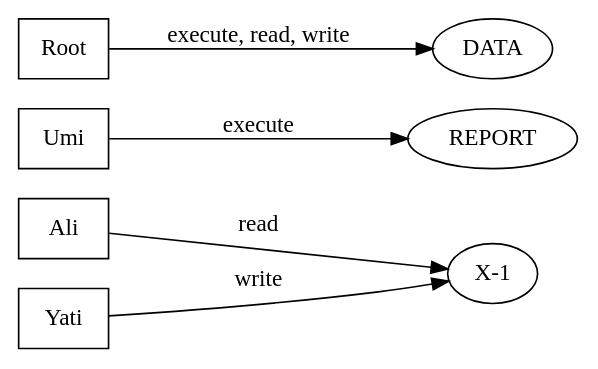
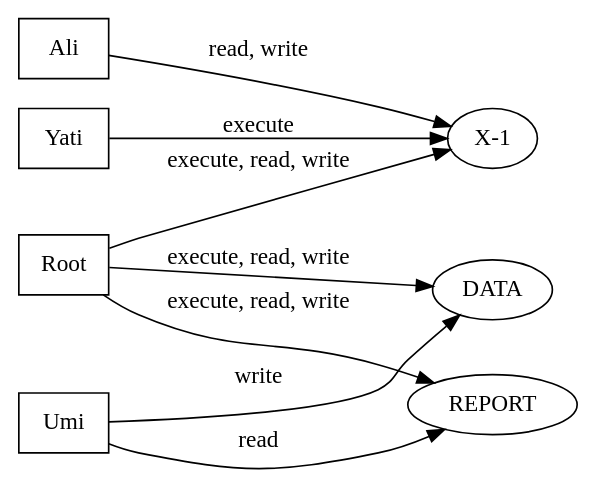
Before and after one commit to jerkfish/paper-generator: the fifth of 5 diagrams in outputs/acm_samples.md, drawn with Graphviz. The commit also changed other lines of this file and 21 other files, not shown here.

````diff
--- a/outputs/acm_samples.md
+++ b/outputs/acm_samples.md
@@ -266,17 +271,20 @@
 ```dot
 digraph ACM {
   rankdir=LR;
   node [shape=box];
   "Ali";
   "Yati";
   "Umi";
   "Root";
   "X-1" [shape=ellipse];
   "REPORT" [shape=ellipse];
   "DATA" [shape=ellipse];
-  "Ali" -> "X-1" [label="read"];
+  "Ali" -> "X-1" [label="read, write"];
   "Root" -> "DATA" [label="execute, read, write"];
-  "Umi" -> "REPORT" [label="execute"];
-  "Yati" -> "X-1" [label="write"];
+  "Root" -> "REPORT" [label="execute, read, write"];
+  "Root" -> "X-1" [label="execute, read, write"];
+  "Umi" -> "DATA" [label="write"];
+  "Umi" -> "REPORT" [label="read"];
+  "Yati" -> "X-1" [label="execute"];
 }
 ```
````
